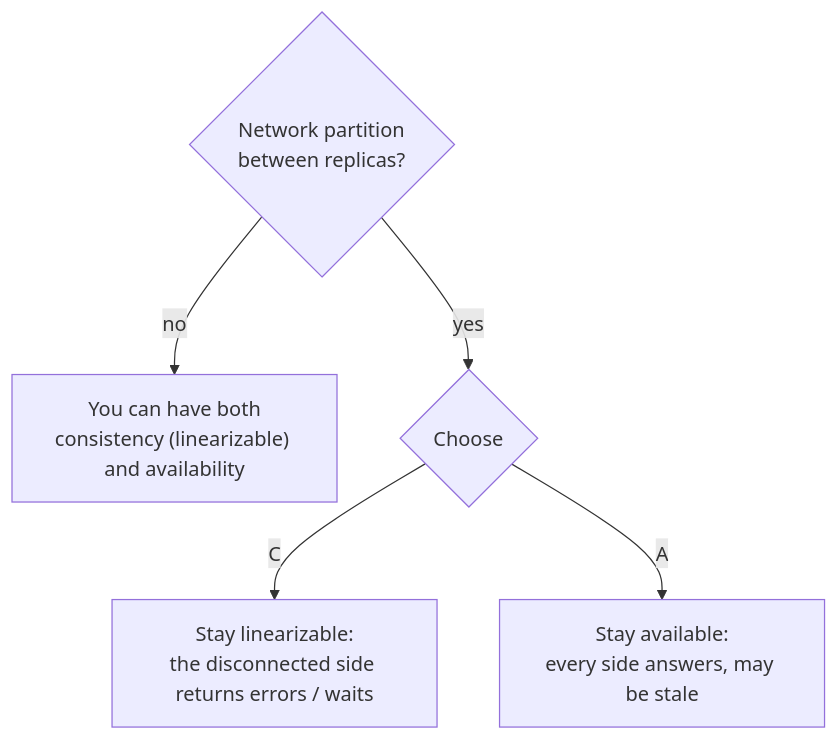
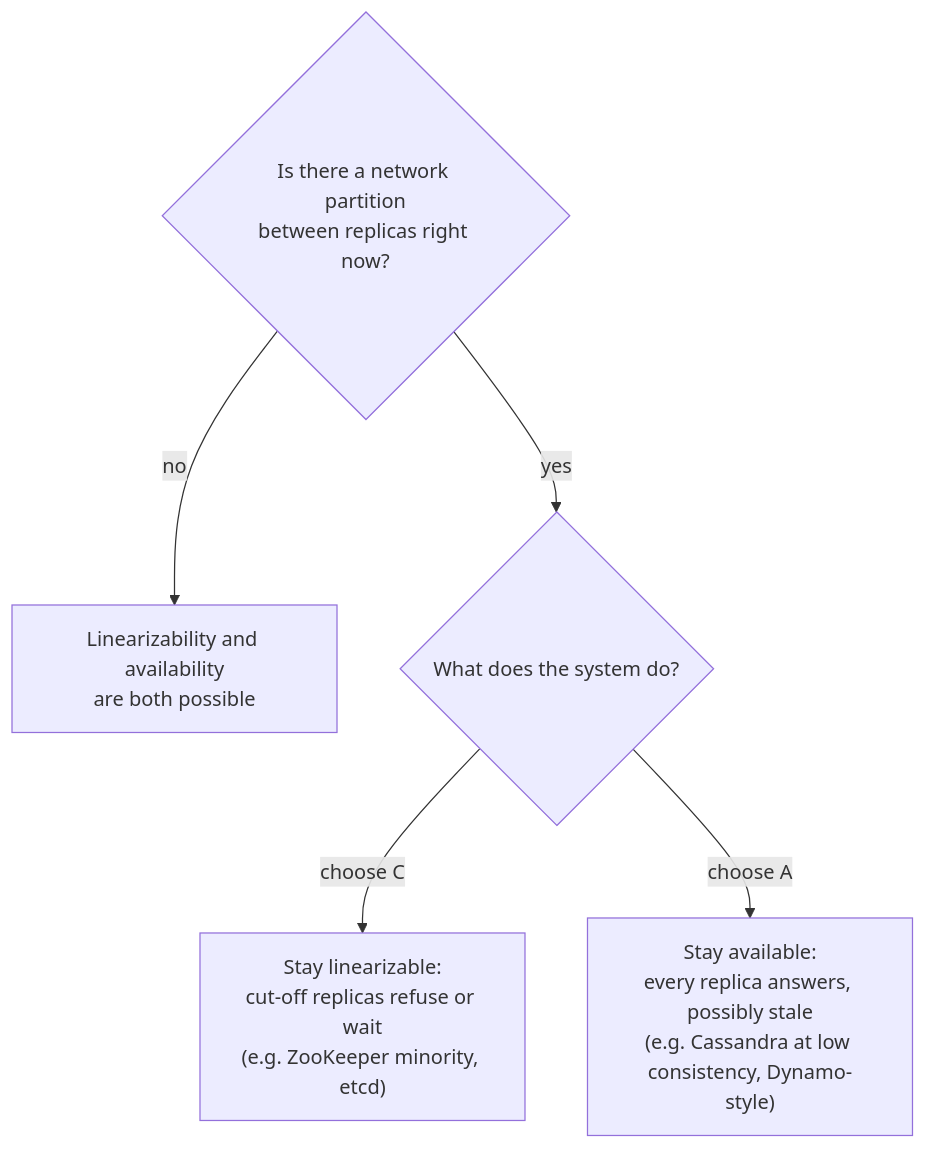
Diagram 12 of 40 in docs/chapters/part-2/09-consistency-consensus.mdx (pratikguru998/ddia-book), drawn with Mermaid before and after one commit. The commit also changed other lines of this file and 13 other files, not shown here.

Commit message:
Expand all 12 chapters: every book subsection, deeper notes, ~320 diagrams

````diff
--- a/docs/chapters/part-2/09-consistency-consensus.mdx
+++ b/docs/chapters/part-2/09-consistency-consensus.mdx
@@ -92,8 +366,8 @@
 ```mermaid
 flowchart TB
-  P{"Network partition<br/>between replicas?"}
-  P -->|"no"| BOTH["You can have both<br/>consistency (linearizable) and availability"]
-  P -->|"yes"| CH{"Choose"}
-  CH -->|"C"| CP["Stay linearizable:<br/>the disconnected side returns errors / waits"]
-  CH -->|"A"| AP["Stay available:<br/>every side answers, may be stale"]
+  P{"Is there a network partition<br/>between replicas right now?"}
+  P -->|"no"| BOTH["Linearizability and availability<br/>are both possible"]
+  P -->|"yes"| CH{"What does the system do?"}
+  CH -->|"choose C"| CP["Stay linearizable:<br/>cut-off replicas refuse or wait<br/>(e.g. ZooKeeper minority, etcd)"]
+  CH -->|"choose A"| AP["Stay available:<br/>every replica answers, possibly stale<br/>(e.g. Cassandra at low consistency, Dynamo-style)"]
 ```
````
